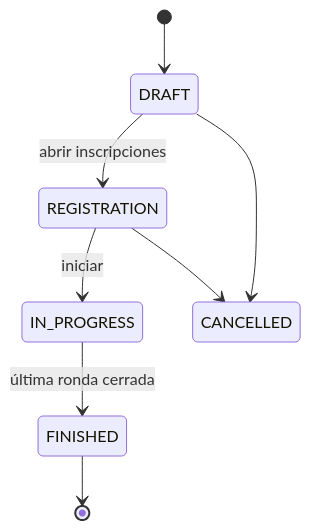
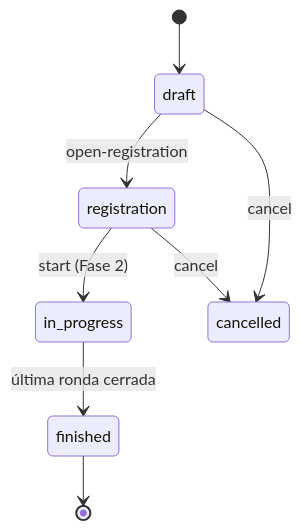
The diagram in docs/arquitectura/glosario.md (athersoft/Tournament-System), drawn with Mermaid before and after one commit. The commit also changed other lines of this file and 32 other files, not shown here.

````diff
--- a/docs/arquitectura/glosario.md
+++ b/docs/arquitectura/glosario.md
@@ -30,10 +35,10 @@
 ```mermaid
 stateDiagram-v2
-    [*] --> DRAFT
-    DRAFT --> REGISTRATION: abrir inscripciones
-    REGISTRATION --> IN_PROGRESS: iniciar
-    IN_PROGRESS --> FINISHED: última ronda cerrada
-    DRAFT --> CANCELLED
-    REGISTRATION --> CANCELLED
-    FINISHED --> [*]
+    [*] --> draft
+    draft --> registration: open-registration
+    registration --> in_progress: start (Fase 2)
+    in_progress --> finished: última ronda cerrada
+    draft --> cancelled: cancel
+    registration --> cancelled: cancel
+    finished --> [*]
 ```
````
